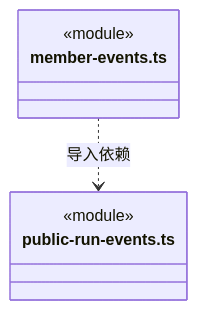
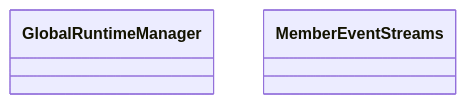
One commit to nan023062/cbim changed the diagram in src/logic/runtime/monitoring/ARCHITECTURE.md. Above: the diagram before and after it, drawn with Mermaid. The commit also changed other lines of this file and 158 other files, not shown here.

Commit message:
docs: model architecture through nested virtual encapsulations

````diff
--- a/src/logic/runtime/monitoring/ARCHITECTURE.md
+++ b/src/logic/runtime/monitoring/ARCHITECTURE.md
@@ -307,10 +20,7 @@
 ```mermaid
 classDiagram
-class N_src_logic_runtime_monitoring_member_events_ts["member-events.ts"] {
-  <<module>>
-}
-class N_src_logic_runtime_monitoring_public_run_events_ts["public-run-events.ts"] {
-  <<module>>
-}
-N_src_logic_runtime_monitoring_member_events_ts ..> N_src_logic_runtime_monitoring_public_run_events_ts : 导入依赖
+class N_a6e7a3d22679["GlobalRuntimeManager"]
+click N_a6e7a3d22679 href "global-runtime.ts"
+class N_2eb6a77db5b3["MemberEventStreams"]
+click N_2eb6a77db5b3 href "member-events.ts"
 ```
````
